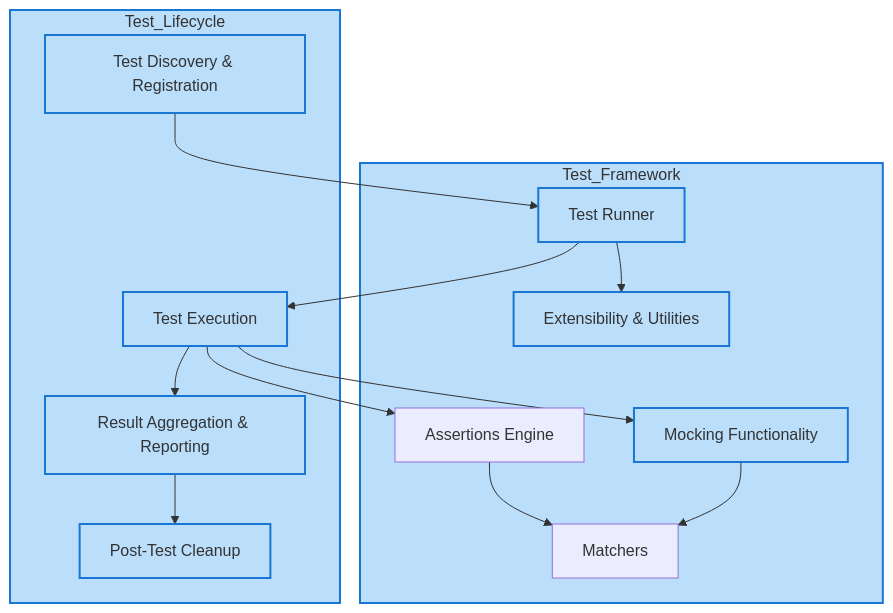
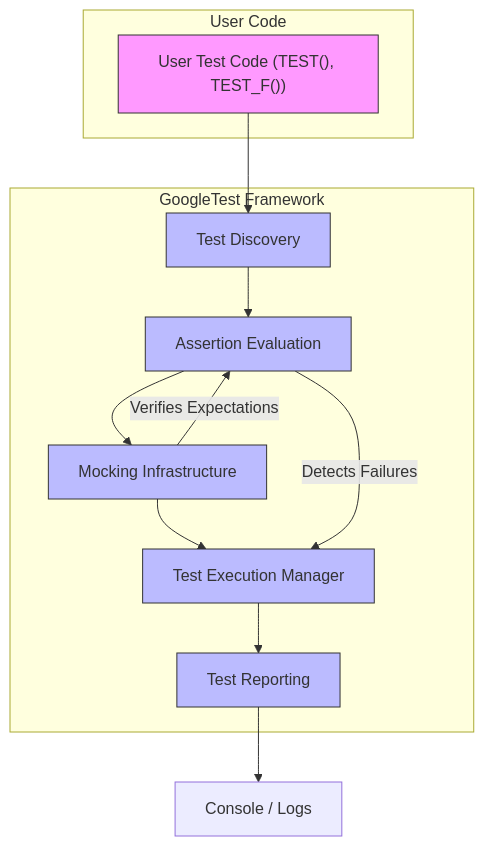
The diagram in overview/architecture-features-integration/architecture-overview.mdx (clidey/docucod-public-project-869ef7c3-7eff-4ad2-9765-2698303f14d7), drawn with Mermaid before and after one commit. The commit also changed other lines of this file and 54 other files, not shown here.

````diff
--- a/overview/architecture-features-integration/architecture-overview.mdx
+++ b/overview/architecture-features-integration/architecture-overview.mdx
@@ -104,33 +46,27 @@
 ```mermaid
 flowchart TD
 
-  subgraph Test_Framework
-    TR[Test Runner]
-    AE[Assertions Engine]
-    MT[Matchers]
-    MCK[Mocking Functionality]
-    EXT[Extensibility & Utilities]
+  subgraph User Code
+    UTests["User Test Code (TEST(), TEST_F())"]
   end
 
-  subgraph Test_Lifecycle
-    TD[Test Discovery & Registration]
-    EX[Test Execution]
-    RP[Result Aggregation & Reporting]
-    CL[Post-Test Cleanup]
+  subgraph GoogleTest Framework
+    TD[Test Discovery] --> AE[Assertion Evaluation]
+    AE --> MI[Mocking Infrastructure]
+    MI --> TE[Test Execution Manager]
+    TE --> TR[Test Reporting]
   end
 
-  %% Direction
-  TD --> TR --> EX --> RP --> CL
-  EX --> AE
-  EX --> MCK
-  AE --> MT
-  MCK --> MT
-  TR --> EXT
+  UTests --> TD
+  TR --> UOutput["Console / Logs"]
 
-  classDef core fill:#bbdefb,stroke:#1976d2,stroke-width:2px;
-  class Test_Framework core;
-  class Test_Lifecycle core;
+  %% Interactions
+  MI --> |Verifies Expectations| AE
+  AE --> |Detects Failures| TE
 
-  %% Annotations
-  class TR,Ae,MCK,EXT,TD,EX,RP,CL core;
+  classDef userCode fill:#f9f,stroke:#333,stroke-width:1px;
+  classDef framework fill:#bbf,stroke:#333,stroke-width:1px;
+
+  class UTests userCode;
+  class TD,AE,MI,TE,TR framework;
 ```
````
